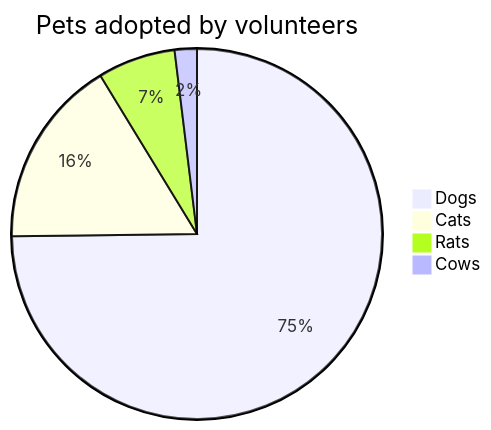
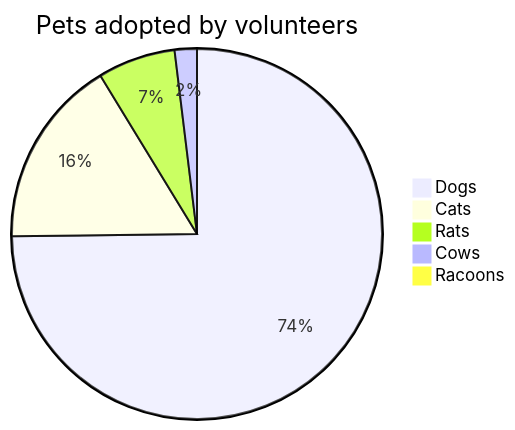
One commit to regh-christian/dokumentation changed the diagram in wiki/GuideTilHjemmeside.md. Above: the diagram before and after it, drawn with Mermaid.

````diff
--- a/wiki/GuideTilHjemmeside.md
+++ b/wiki/GuideTilHjemmeside.md
@@ -128,7 +128,8 @@
 ```mermaid
 pie title Pets adopted by volunteers
   "Dogs" : 386
   "Cats" : 85
   "Rats" : 35
   "Cows" : 10
+  "Racoons": 5
 ```
````
